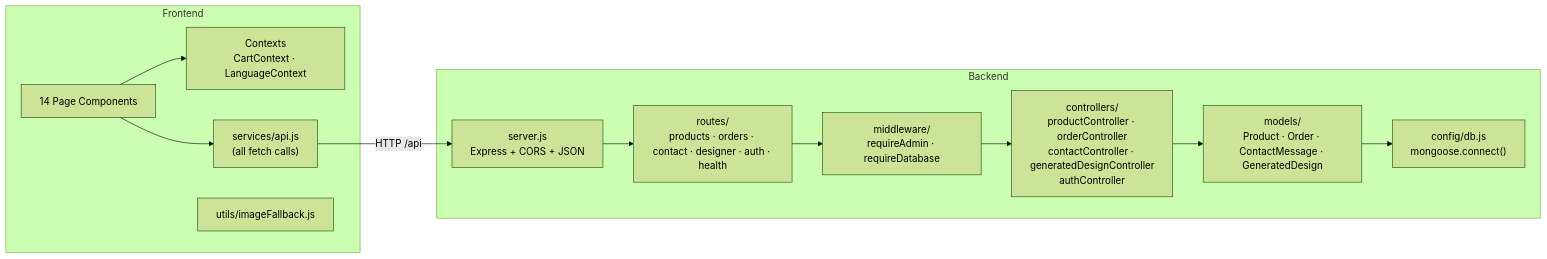
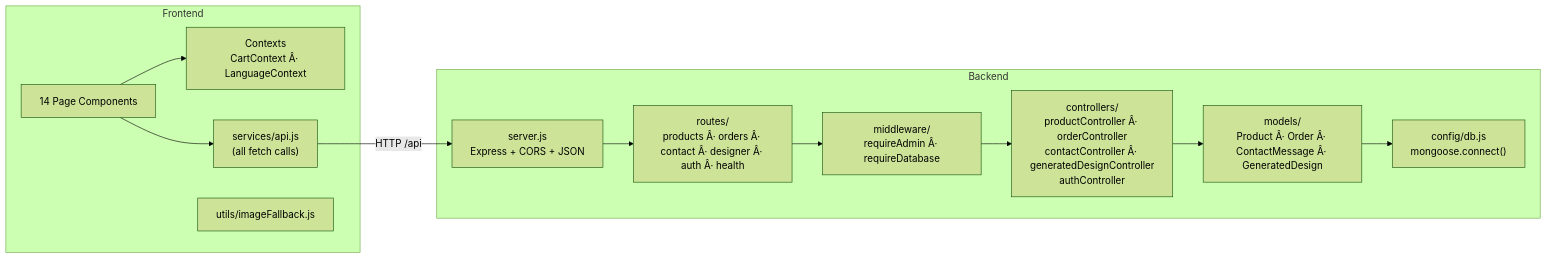
Before and after one commit to chiqqo/FloraDesigner-Final: the second of 6 diagrams in TECHNICAL_REPORT.md, drawn with Mermaid (forest theme). The commit also changed other lines of this file and 2 other files, not shown here.

````diff
--- a/TECHNICAL_REPORT.md
+++ b/TECHNICAL_REPORT.md
@@ -181,24 +181,24 @@
 ```mermaid
 graph LR
     subgraph Frontend
-        CTX["Contexts<br/>CartContext · LanguageContext"]
+        CTX["Contexts<br/>CartContext Â· LanguageContext"]
         PAGES["14 Page Components"]
         SVC["services/api.js<br/>(all fetch calls)"]
         UTIL["utils/imageFallback.js"]
     end
 
     subgraph Backend
         SRV["server.js<br/>Express + CORS + JSON"]
-        ROUTES["routes/<br/>products · orders · contact · designer · auth · health"]
-        MWR["middleware/<br/>requireAdmin · requireDatabase"]
-        CTRLS["controllers/<br/>productController · orderController<br/>contactController · generatedDesignController<br/>authController"]
-        MODELS["models/<br/>Product · Order · ContactMessage · GeneratedDesign"]
+        ROUTES["routes/<br/>products Â· orders Â· contact Â· designer Â· auth Â· health"]
+        MWR["middleware/<br/>requireAdmin Â· requireDatabase"]
+        CTRLS["controllers/<br/>productController Â· orderController<br/>contactController Â· generatedDesignController<br/>authController"]
+        MODELS["models/<br/>Product Â· Order Â· ContactMessage Â· GeneratedDesign"]
         CFG["config/db.js<br/>mongoose.connect()"]
     end
 
     PAGES --> CTX
     PAGES --> SVC
     SVC -->|"HTTP /api"| SRV
     SRV --> ROUTES --> MWR --> CTRLS --> MODELS
     MODELS --> CFG
 ```
````
